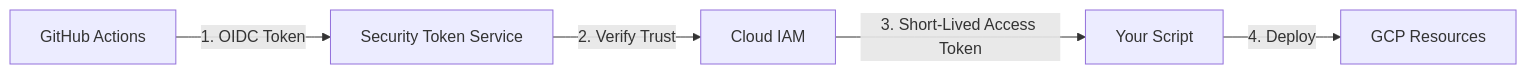
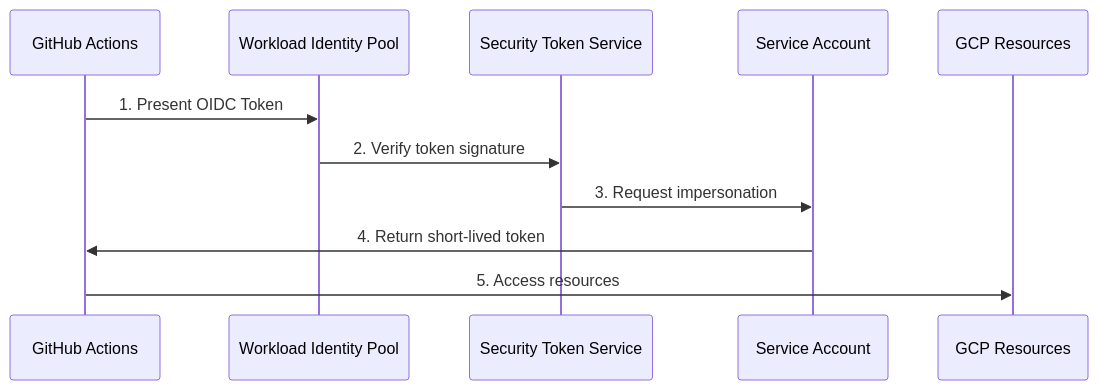
The first of 2 diagrams in curriculum/content/section_17_advanced_iam.md (jyothivempa/gcp-study-plan), drawn with Mermaid before and after one commit. The commit also changed other lines of this file and 84 other files, not shown here.

````diff
--- a/curriculum/content/section_17_advanced_iam.md
+++ b/curriculum/content/section_17_advanced_iam.md
@@ -15,7 +44,14 @@
 ```mermaid
-graph LR
-    GitHub[GitHub Actions] -->|1. OIDC Token| STR[Security Token Service]
-    STR -->|2. Verify Trust| IAM[Cloud IAM]
-    IAM -->|3. Short-Lived Access Token| App[Your Script]
-    App -->|4. Deploy| Resources[GCP Resources]
+sequenceDiagram
+    participant GH as GitHub Actions
+    participant WIF as Workload Identity Pool
+    participant STS as Security Token Service
+    participant SA as Service Account
+    participant GCP as GCP Resources
+    
+    GH->>WIF: 1. Present OIDC Token
+    WIF->>STS: 2. Verify token signature
+    STS->>SA: 3. Request impersonation
+    SA->>GH: 4. Return short-lived token
+    GH->>GCP: 5. Access resources
 ```
````
